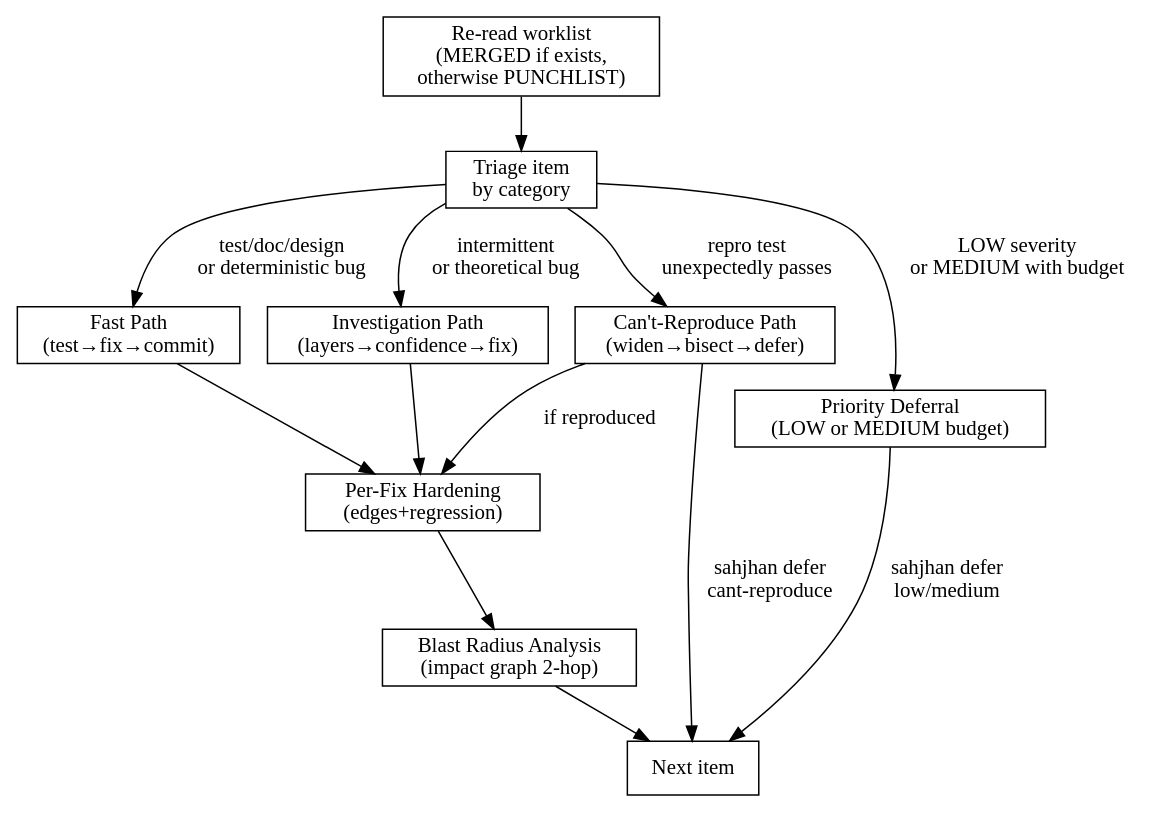
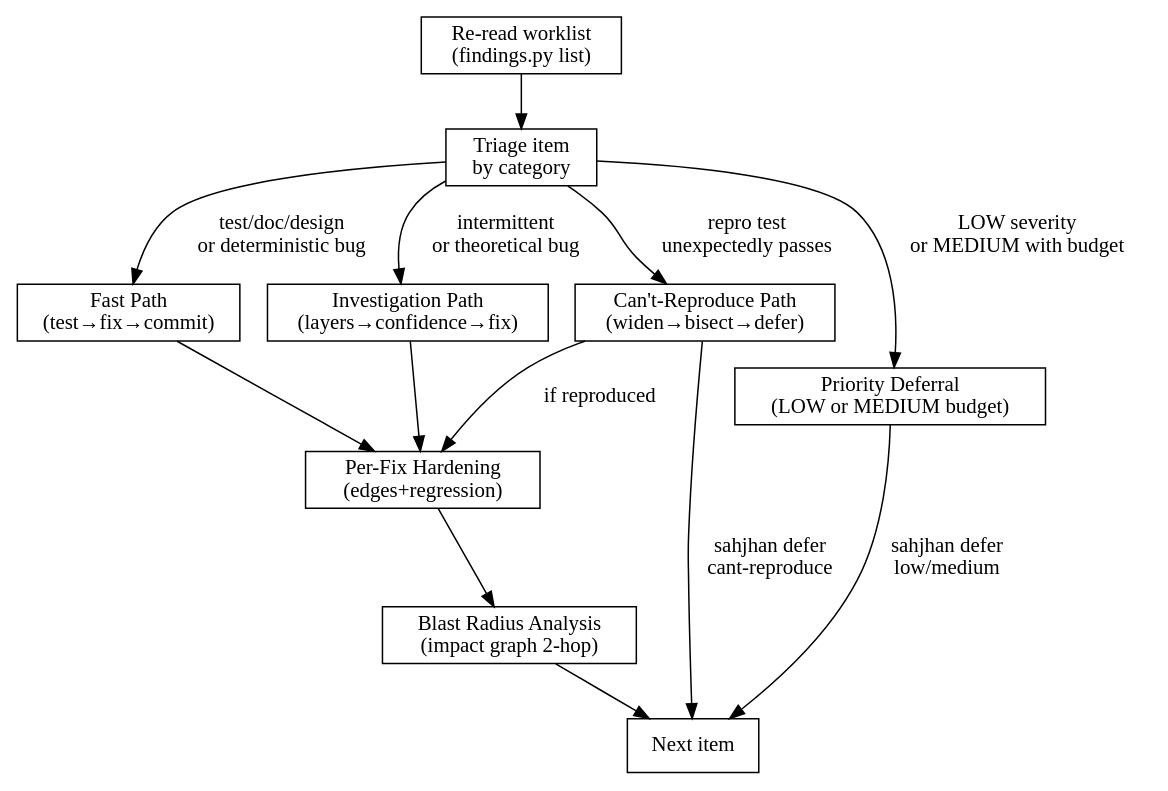
One commit to jbrjake/holtz changed the diagram in skills/holtz/references/step-10-fix-loop.md. Above: the diagram before and after it, drawn with Graphviz. The commit also changed 11 other files, not shown here.

````diff
--- a/skills/holtz/references/step-10-fix-loop.md
+++ b/skills/holtz/references/step-10-fix-loop.md
@@ -9,28 +9,28 @@
 ```dot
 digraph {
   rankdir=TB
   node [shape=box]
-  read [label="Re-read worklist\n(MERGED if exists,\notherwise PUNCHLIST)"]
+  read [label="Re-read worklist\n(findings.py list)"]
   triage [label="Triage item\nby category"]
   fast [label="Fast Path\n(test→fix→commit)"]
   investigate [label="Investigation Path\n(layers→confidence→fix)"]
   cantrepro [label="Can't-Reproduce Path\n(widen→bisect→defer)"]
   defer [label="Priority Deferral\n(LOW or MEDIUM budget)"]
   harden [label="Per-Fix Hardening\n(edges+regression)"]
   blast [label="Blast Radius Analysis\n(impact graph 2-hop)"]
   next [label="Next item"]
 
   read -> triage
   triage -> fast [label="test/doc/design\nor deterministic bug"]
   triage -> investigate [label="intermittent\nor theoretical bug"]
   triage -> cantrepro [label="repro test\nunexpectedly passes"]
   triage -> defer [label="LOW severity\nor MEDIUM with budget"]
   fast -> harden
   investigate -> harden
   cantrepro -> harden [label="if reproduced"]
   cantrepro -> next [label="sahjhan defer\ncant-reproduce"]
   defer -> next [label="sahjhan defer\nlow/medium"]
   harden -> blast
   blast -> next
 }
 ```
````
